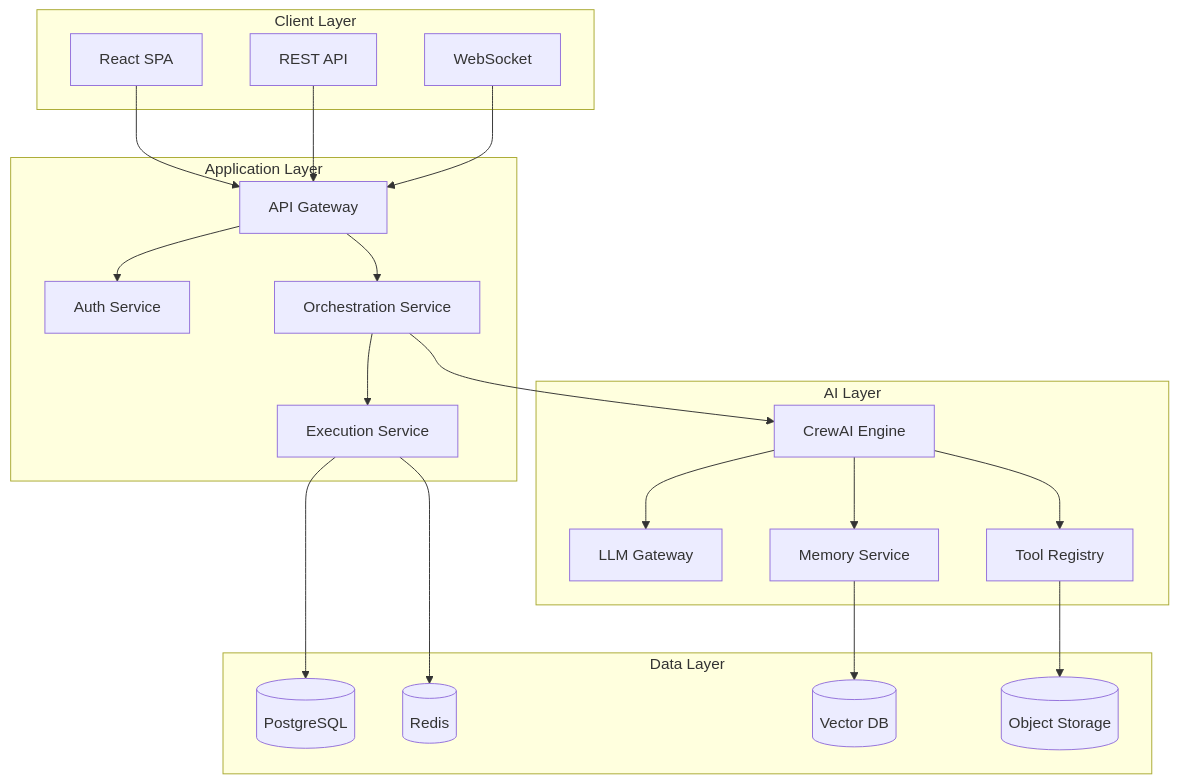
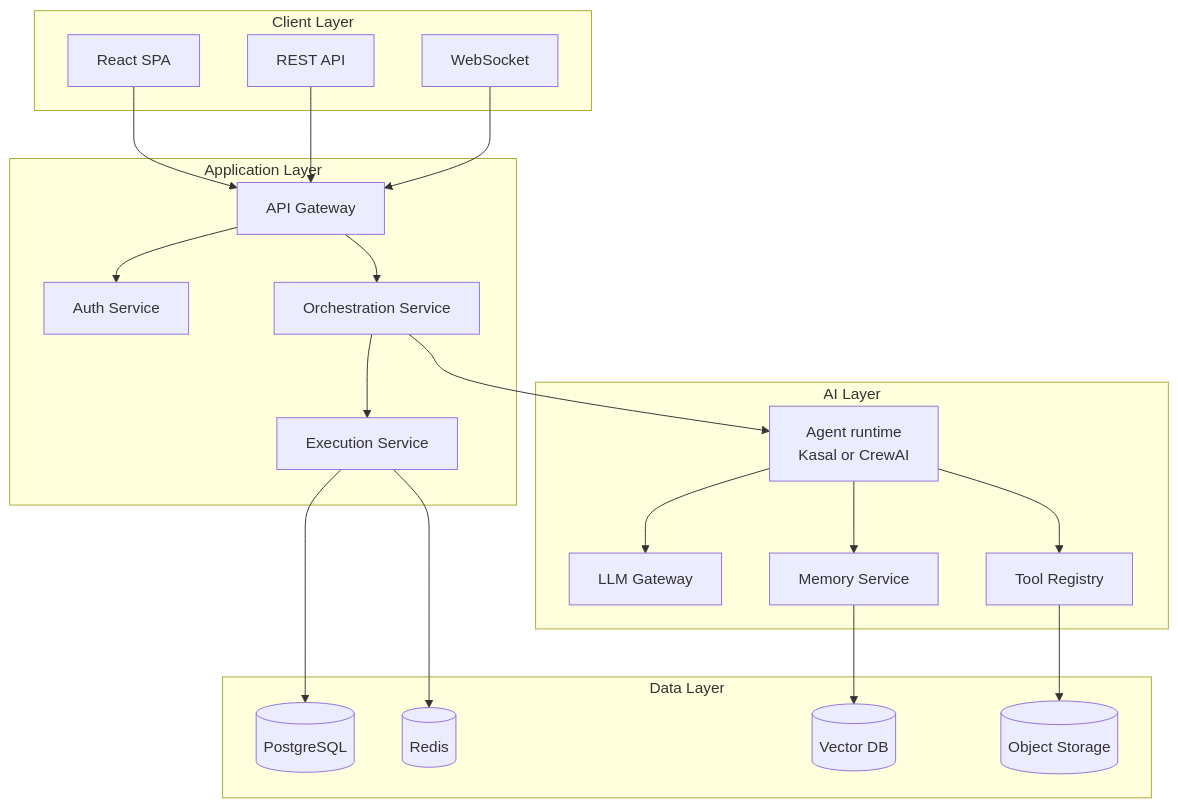
Before and after one commit to databrickslabs/kasal: the diagram in src/docs/ARCHITECTURE_GUIDE.md, drawn with Mermaid. The commit also changed other lines of this file and 22 other files, not shown here.

````diff
--- a/src/docs/ARCHITECTURE_GUIDE.md
+++ b/src/docs/ARCHITECTURE_GUIDE.md
@@ -31,44 +31,44 @@
 ```mermaid
 graph TB
     subgraph "Client Layer"
         WEB[React SPA]
         API[REST API]
         WS[WebSocket]
     end
 
     subgraph "Application Layer"
         GW[API Gateway]
         AUTH[Auth Service]
         ORCH[Orchestration Service]
         EXEC[Execution Service]
     end
 
     subgraph "AI Layer"
-        CREW[CrewAI Engine]
+        CREW[Agent runtime<br/>Kasal or CrewAI]
         LLM[LLM Gateway]
         MEM[Memory Service]
         TOOLS[Tool Registry]
     end
 
     subgraph "Data Layer"
         PG[(PostgreSQL)]
         REDIS[(Redis)]
         VECTOR[(Vector DB)]
         S3[(Object Storage)]
     end
 
     WEB --> GW
     API --> GW
     WS --> GW
     GW --> AUTH
     GW --> ORCH
     ORCH --> CREW
     CREW --> LLM
     CREW --> MEM
     CREW --> TOOLS
     ORCH --> EXEC
     EXEC --> PG
     MEM --> VECTOR
     EXEC --> REDIS
     TOOLS --> S3
 ```
````
